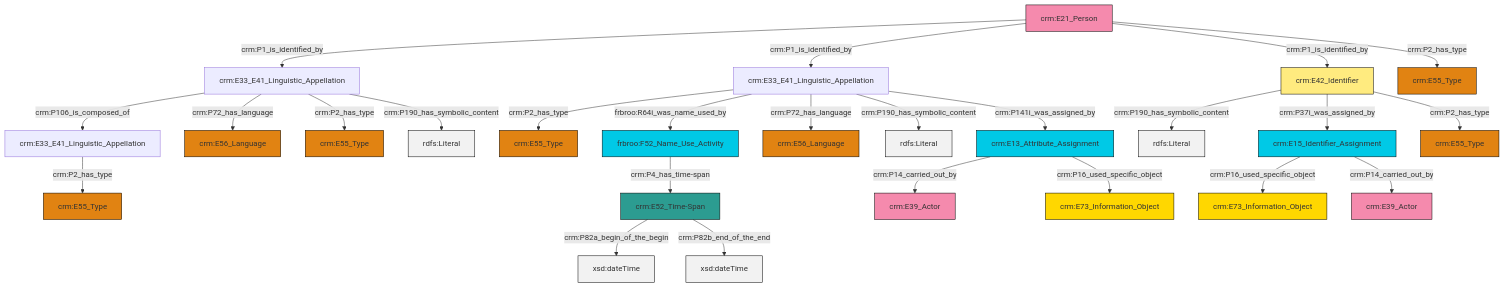
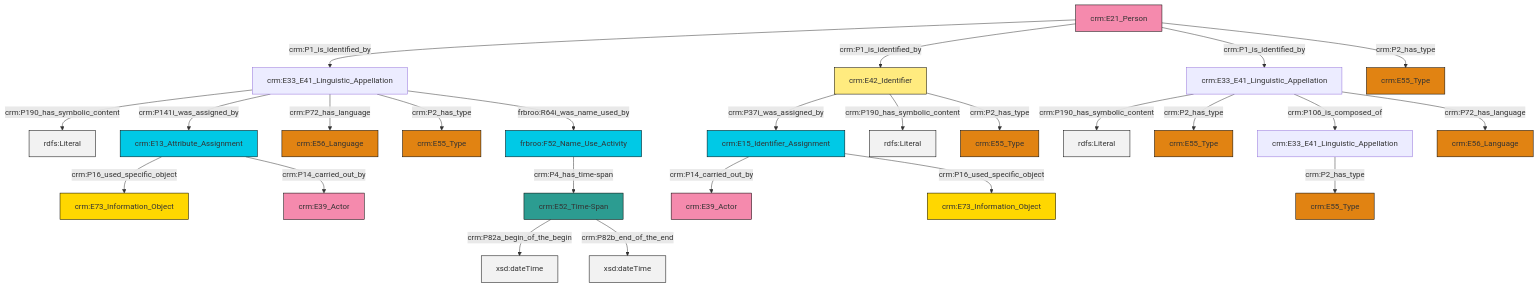
The diagram in et/personCSV/ttl/mmd/Person_Names_and_Classification.ttl.mmd (swiss-art-research-net/docs.swissartresearch), drawn with Mermaid before and after one commit. The commit also changed 181 other files, not shown here.

```diff
--- a/et/personCSV/ttl/mmd/Person_Names_and_Classification.ttl.mmd
+++ b/et/personCSV/ttl/mmd/Person_Names_and_Classification.ttl.mmd
@@ -1,39 +1,39 @@
 graph TD
 classDef Literal fill:#f2f2f2,stroke:#000000;
 classDef CRM_Entity fill:#FFFFFF,stroke:#000000;
 classDef Temporal_Entity fill:#00C9E6, stroke:#000000;
 classDef Type fill:#E18312, stroke:#000000;
 classDef Time-Span fill:#2C9C91, stroke:#000000;
 classDef Appellation fill:#FFEB7F, stroke:#000000;
 classDef Place fill:#008836, stroke:#000000;
 classDef Persistent_Item fill:#B266B2, stroke:#000000;
 classDef Conceptual_Object fill:#FFD700, stroke:#000000;
 classDef Physical_Thing fill:#D2B48C, stroke:#000000;
 classDef Actor fill:#f58aad, stroke:#000000;
 classDef PC_Classes fill:#4ce600, stroke:#000000;
 classDef Multi fill:#cccccc,stroke:#000000;
 
-0["crm:E33_E41_Linguistic_Appellation"]:::Default -->|crm:P2_has_type| 1["crm:E55_Type"]:::Type
-6["crm:E15_Identifier_Assignment"]:::Temporal_Entity -->|crm:P16_used_specific_object| 7["crm:E73_Information_Object"]:::Conceptual_Object
-8["crm:E33_E41_Linguistic_Appellation"]:::Default -->|crm:P106_is_composed_of| 9["crm:E33_E41_Linguistic_Appellation"]:::Default
-0["crm:E33_E41_Linguistic_Appellation"]:::Default -->|frbroo:R64i_was_name_used_by| 13["frbroo:F52_Name_Use_Activity"]:::Temporal_Entity
-9["crm:E33_E41_Linguistic_Appellation"]:::Default -->|crm:P2_has_type| 14["crm:E55_Type"]:::Type
-8["crm:E33_E41_Linguistic_Appellation"]:::Default -->|crm:P72_has_language| 4["crm:E56_Language"]:::Type
-0["crm:E33_E41_Linguistic_Appellation"]:::Default -->|crm:P72_has_language| 15["crm:E56_Language"]:::Type
-11["crm:E42_Identifier"]:::Appellation -->|crm:P190_has_symbolic_content| 17[rdfs:Literal]:::Literal
-0["crm:E33_E41_Linguistic_Appellation"]:::Default -->|crm:P190_has_symbolic_content| 20[rdfs:Literal]:::Literal
-11["crm:E42_Identifier"]:::Appellation -->|crm:P37i_was_assigned_by| 6["crm:E15_Identifier_Assignment"]:::Temporal_Entity
-18["crm:E13_Attribute_Assignment"]:::Temporal_Entity -->|crm:P14_carried_out_by| 21["crm:E39_Actor"]:::Actor
-18["crm:E13_Attribute_Assignment"]:::Temporal_Entity -->|crm:P16_used_specific_object| 28["crm:E73_Information_Object"]:::Conceptual_Object
-6["crm:E15_Identifier_Assignment"]:::Temporal_Entity -->|crm:P14_carried_out_by| 32["crm:E39_Actor"]:::Actor
-8["crm:E33_E41_Linguistic_Appellation"]:::Default -->|crm:P2_has_type| 25["crm:E55_Type"]:::Type
-2["crm:E21_Person"]:::Actor -->|crm:P1_is_identified_by| 8["crm:E33_E41_Linguistic_Appellation"]:::Default
+0["crm:E33_E41_Linguistic_Appellation"]:::Default -->|crm:P190_has_symbolic_content| 1[rdfs:Literal]:::Literal
+8["crm:E21_Person"]:::Actor -->|crm:P1_is_identified_by| 0["crm:E33_E41_Linguistic_Appellation"]:::Default
+9["crm:E15_Identifier_Assignment"]:::Temporal_Entity -->|crm:P14_carried_out_by| 2["crm:E39_Actor"]:::Actor
+12["crm:E42_Identifier"]:::Appellation -->|crm:P37i_was_assigned_by| 9["crm:E15_Identifier_Assignment"]:::Temporal_Entity
+14["crm:E52_Time-Span"]:::Time-Span -->|crm:P82a_begin_of_the_begin| 15[xsd:dateTime]:::Literal
+18["crm:E13_Attribute_Assignment"]:::Temporal_Entity -->|crm:P16_used_specific_object| 19["crm:E73_Information_Object"]:::Conceptual_Object
 0["crm:E33_E41_Linguistic_Appellation"]:::Default -->|crm:P141i_was_assigned_by| 18["crm:E13_Attribute_Assignment"]:::Temporal_Entity
-13["frbroo:F52_Name_Use_Activity"]:::Temporal_Entity -->|crm:P4_has_time-span| 33["crm:E52_Time-Span"]:::Time-Span
-2["crm:E21_Person"]:::Actor -->|crm:P1_is_identified_by| 0["crm:E33_E41_Linguistic_Appellation"]:::Default
-2["crm:E21_Person"]:::Actor -->|crm:P1_is_identified_by| 11["crm:E42_Identifier"]:::Appellation
-8["crm:E33_E41_Linguistic_Appellation"]:::Default -->|crm:P190_has_symbolic_content| 38[rdfs:Literal]:::Literal
-33["crm:E52_Time-Span"]:::Time-Span -->|crm:P82a_begin_of_the_begin| 39[xsd:dateTime]:::Literal
-2["crm:E21_Person"]:::Actor -->|crm:P2_has_type| 40["crm:E55_Type"]:::Type
-11["crm:E42_Identifier"]:::Appellation -->|crm:P2_has_type| 36["crm:E55_Type"]:::Type
-33["crm:E52_Time-Span"]:::Time-Span -->|crm:P82b_end_of_the_end| 42[xsd:dateTime]:::Literal
+14["crm:E52_Time-Span"]:::Time-Span -->|crm:P82b_end_of_the_end| 22[xsd:dateTime]:::Literal
+12["crm:E42_Identifier"]:::Appellation -->|crm:P190_has_symbolic_content| 23[rdfs:Literal]:::Literal
+24["frbroo:F52_Name_Use_Activity"]:::Temporal_Entity -->|crm:P4_has_time-span| 14["crm:E52_Time-Span"]:::Time-Span
+8["crm:E21_Person"]:::Actor -->|crm:P1_is_identified_by| 12["crm:E42_Identifier"]:::Appellation
+18["crm:E13_Attribute_Assignment"]:::Temporal_Entity -->|crm:P14_carried_out_by| 28["crm:E39_Actor"]:::Actor
+0["crm:E33_E41_Linguistic_Appellation"]:::Default -->|crm:P72_has_language| 25["crm:E56_Language"]:::Type
+12["crm:E42_Identifier"]:::Appellation -->|crm:P2_has_type| 30["crm:E55_Type"]:::Type
+33["crm:E33_E41_Linguistic_Appellation"]:::Default -->|crm:P190_has_symbolic_content| 34[rdfs:Literal]:::Literal
+6["crm:E33_E41_Linguistic_Appellation"]:::Default -->|crm:P2_has_type| 20["crm:E55_Type"]:::Type
+8["crm:E21_Person"]:::Actor -->|crm:P1_is_identified_by| 33["crm:E33_E41_Linguistic_Appellation"]:::Default
+33["crm:E33_E41_Linguistic_Appellation"]:::Default -->|crm:P2_has_type| 4["crm:E55_Type"]:::Type
+9["crm:E15_Identifier_Assignment"]:::Temporal_Entity -->|crm:P16_used_specific_object| 31["crm:E73_Information_Object"]:::Conceptual_Object
+8["crm:E21_Person"]:::Actor -->|crm:P2_has_type| 16["crm:E55_Type"]:::Type
+33["crm:E33_E41_Linguistic_Appellation"]:::Default -->|crm:P106_is_composed_of| 6["crm:E33_E41_Linguistic_Appellation"]:::Default
+33["crm:E33_E41_Linguistic_Appellation"]:::Default -->|crm:P72_has_language| 40["crm:E56_Language"]:::Type
+0["crm:E33_E41_Linguistic_Appellation"]:::Default -->|crm:P2_has_type| 10["crm:E55_Type"]:::Type
+0["crm:E33_E41_Linguistic_Appellation"]:::Default -->|frbroo:R64i_was_name_used_by| 24["frbroo:F52_Name_Use_Activity"]:::Temporal_Entity
```
